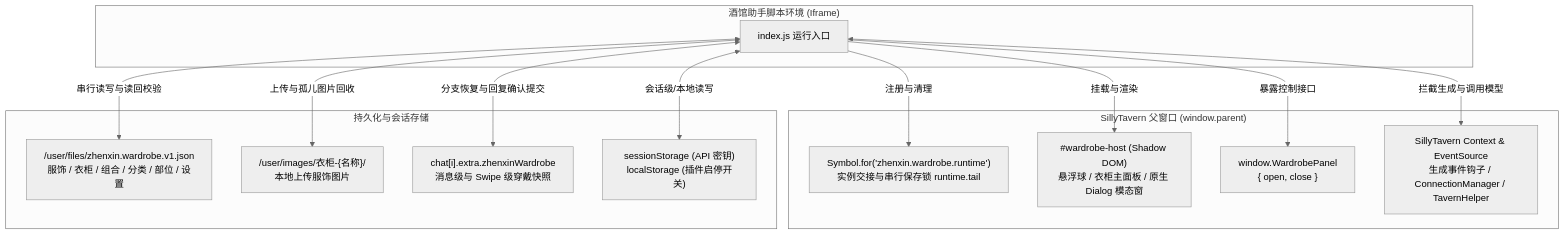
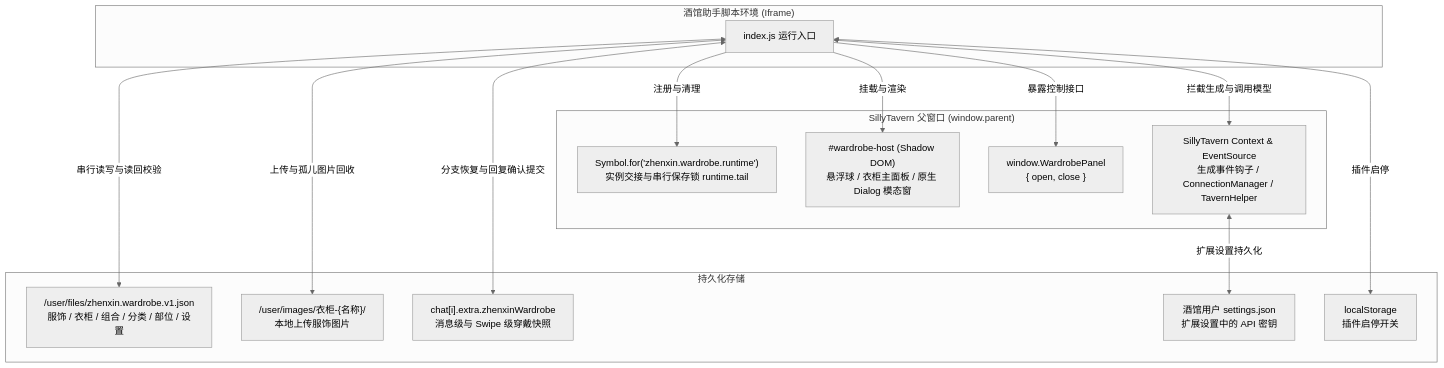
One commit to qingfeifeiya/Tavern-zhenxinzhenyi changed the first of 2 diagrams in architecture.md. Above: the diagram before and after it, drawn with Mermaid (neutral theme). The commit also changed other lines of this file and 3 other files, not shown here.

````diff
--- a/architecture.md
+++ b/architecture.md
@@ -5,29 +5,31 @@
 ```mermaid
 flowchart TB
     subgraph Sandbox["酒馆助手脚本环境 (Iframe)"]
         Entry["index.js 运行入口"]
     end
 
     subgraph HostWindow["SillyTavern 父窗口 (window.parent)"]
         Runtime["Symbol.for('zhenxin.wardrobe.runtime')<br/>实例交接与串行保存锁 runtime.tail"]
         UI["#wardrobe-host (Shadow DOM)<br/>悬浮球 / 衣柜主面板 / 原生 Dialog 模态窗"]
         API["window.WardrobePanel<br/>{ open, close }"]
         ST["SillyTavern Context & EventSource<br/>生成事件钩子 / ConnectionManager / TavernHelper"]
     end
 
-    subgraph Storage["持久化与会话存储"]
+    subgraph Storage["持久化存储"]
         Snapshot["/user/files/zhenxin.wardrobe.v1.json<br/>服饰 / 衣柜 / 组合 / 分类 / 部位 / 设置"]
         Images["/user/images/衣柜-{名称}/<br/>本地上传服饰图片"]
         ChatExtra["chat[i].extra.zhenxinWardrobe<br/>消息级与 Swipe 级穿戴快照"]
-        WebStorage["sessionStorage (API 密钥)<br/>localStorage (插件启停开关)"]
+        AccountSettings["酒馆用户 settings.json<br/>扩展设置中的 API 密钥"]
+        WebStorage["localStorage<br/>插件启停开关"]
     end
 
     Entry -->|注册与清理| Runtime
     Entry -->|挂载与渲染| UI
     Entry -->|暴露控制接口| API
     Entry <-->|拦截生成与调用模型| ST
     Entry <-->|串行读写与读回校验| Snapshot
     Entry <-->|上传与孤儿图片回收| Images
     Entry <-->|分支恢复与回复确认提交| ChatExtra
-    Entry <-->|会话级/本地读写| WebStorage
+    ST <-->|扩展设置持久化| AccountSettings
+    Entry <-->|插件启停| WebStorage
 ```
````
